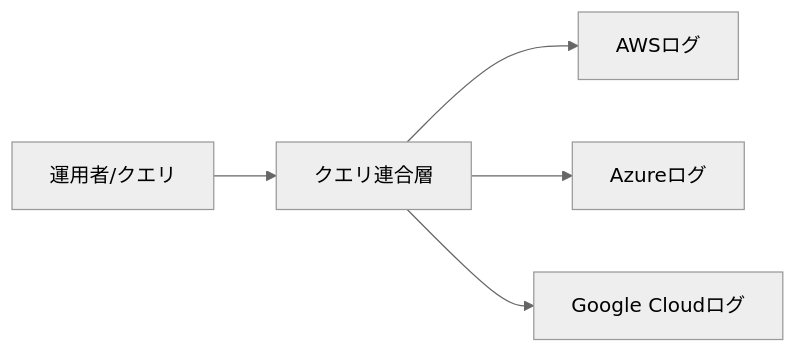
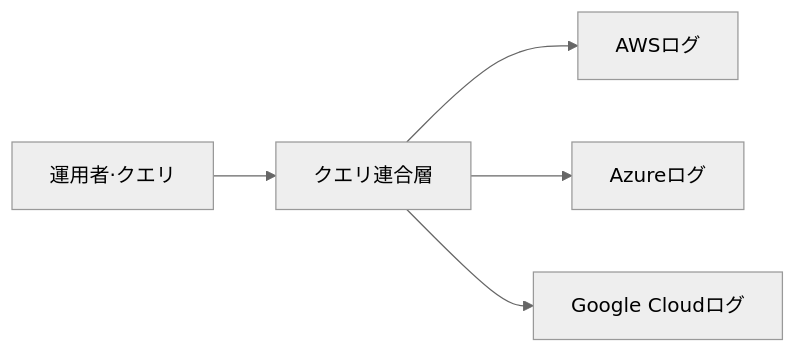
The third of 3 diagrams in src/content/docs/ja/devops/observability.md (cloudpickr/cloudpick-docs), drawn with Mermaid (neutral theme) before and after one commit. The commit also changed 29 other files, not shown here.

First line of the commit message:
fix: Mermaid 전수조사 — 노드 라벨 슬래시 13건 수정 (ko/en/ja)

````diff
--- a/src/content/docs/ja/devops/observability.md
+++ b/src/content/docs/ja/devops/observability.md
@@ -76,7 +76,7 @@
 ```mermaid
 graph LR
-    U[運用者/クエリ] --> F[クエリ連合層]
+    U[運用者·クエリ] --> F[クエリ連合層]
     F --> A[AWSログ]
     F --> B[Azureログ]
     F --> G[Google Cloudログ]
 ```
````
